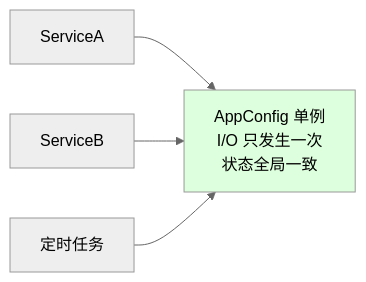
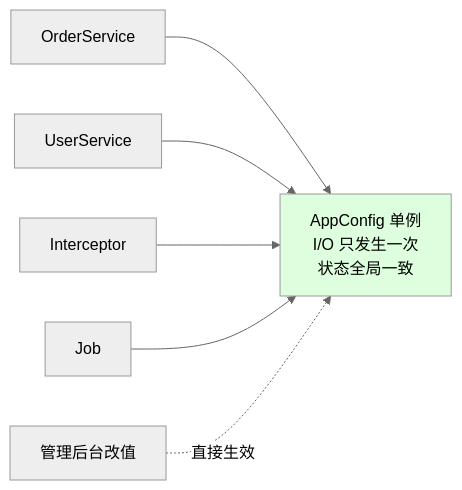
The second of 6 diagrams in 00.通用技术的提升/03.重学设计模式/3.巧学设计模式/01.单例模式设计思想.md (chongyang211/YCBookBlog), drawn with Mermaid (neutral theme) before and after one commit. The commit also changed other lines of this file and 5 other files, not shown here.

````diff
--- a/00.通用技术的提升/03.重学设计模式/3.巧学设计模式/01.单例模式设计思想.md
+++ b/00.通用技术的提升/03.重学设计模式/3.巧学设计模式/01.单例模式设计思想.md
@@ -129,7 +182,9 @@
 ```mermaid
 flowchart LR
-    ServiceA --> S[AppConfig 单例<br/>I/O 只发生一次<br/>状态全局一致]
-    ServiceB --> S
-    Job[定时任务] --> S
+    OrderService --> S[AppConfig 单例<br/>I/O 只发生一次<br/>状态全局一致]
+    UserService --> S
+    Interceptor --> S
+    Job --> S
+    Update[管理后台改值] -.直接生效.-> S
     style S fill:#dfd
 ```
````
